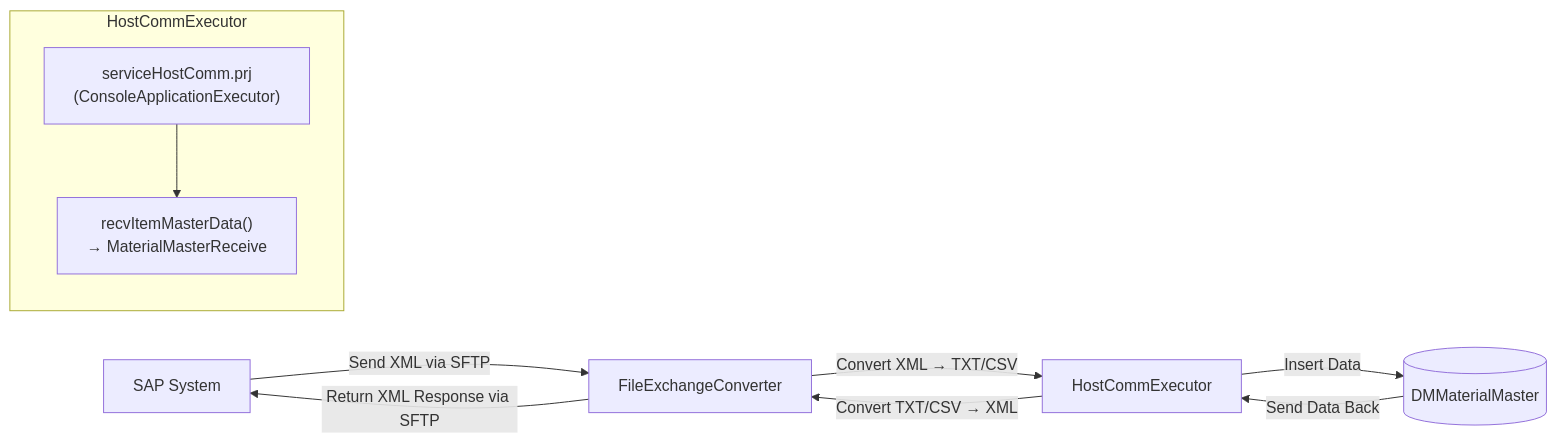
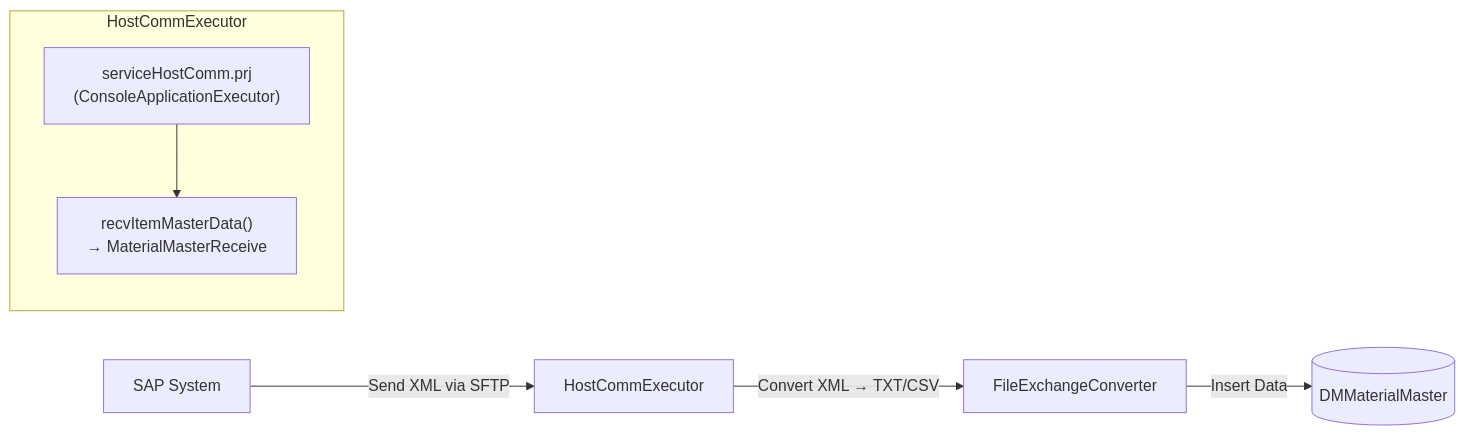
The diagram in Basic-Design/Host-Interfaces/Material-Master-Data.md (luthfiadityaa/SimeDarby-Wiki), drawn with Mermaid before and after one commit.

Commit message:
Updated Material Master Data

```diff
--- a/Basic-Design/Host-Interfaces/Material-Master-Data.md
+++ b/Basic-Design/Host-Interfaces/Material-Master-Data.md
@@ -11,15 +11,12 @@
 ::: mermaid
 flowchart LR
-    A[SAP System] -->|Send XML via SFTP| B[FileExchangeConverter]
-    B -->|Convert XML → TXT/CSV| C[HostCommExecutor]
+    A[SAP System] -->|Send XML via SFTP| B[HostCommExecutor]
+    B -->|Convert XML → TXT/CSV| C[FileExchangeConverter]
     C -->|Insert Data| D[(DMMaterialMaster)]
-    D -->|Send Data Back| C
-    C -->|Convert TXT/CSV → XML| B
-    B -->|Return XML Response via SFTP| A
 
     subgraph HostCommExecutor
         C1["serviceHostComm.prj<br>(ConsoleApplicationExecutor)"]
         C2["recvItemMasterData()<br>→ MaterialMasterReceive"]
         C1 --> C2
     end
 :::
```
